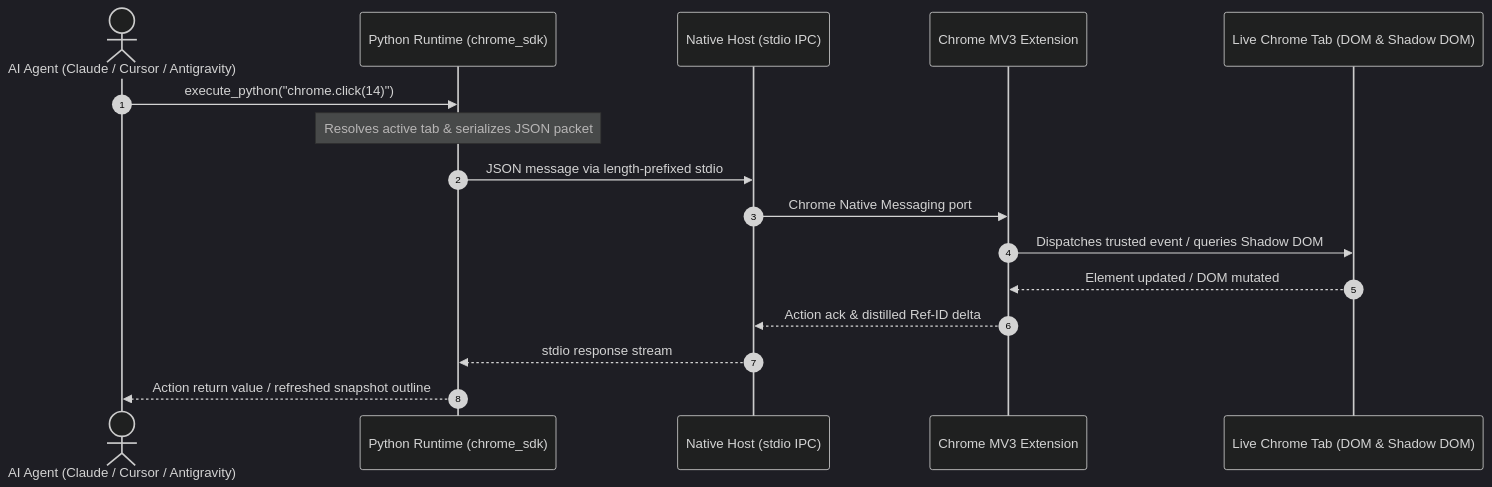
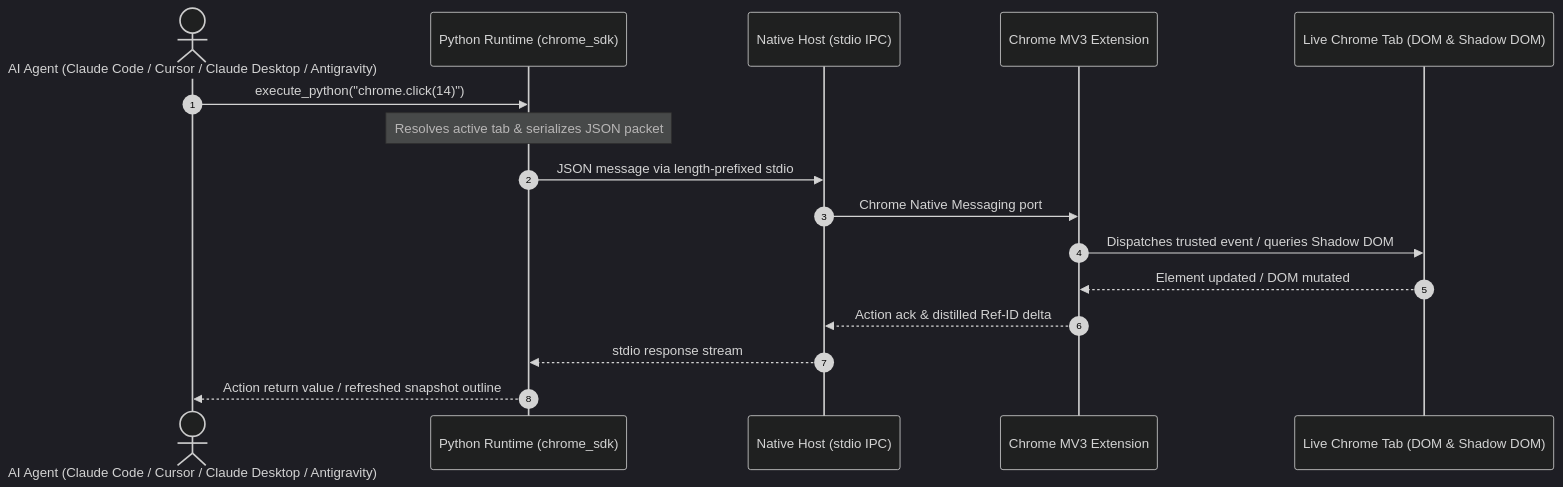
Before and after one commit to sh7vansh/chrome-bridge: the first of 2 diagrams in README.md, drawn with Mermaid (dark theme). The commit also changed other lines of this file and 4 other files, not shown here.

Commit message:
feat(mcp): auto-configure Claude Code MCP and update documentation

````diff
--- a/README.md
+++ b/README.md
@@ -20,19 +20,19 @@
 ```mermaid
 sequenceDiagram
     autonumber
-    actor Agent as AI Agent (Claude / Cursor / Antigravity)
+    actor Agent as AI Agent (Claude Code / Cursor / Claude Desktop / Antigravity)
     participant REPL as Python Runtime (chrome_sdk)
     participant Host as Native Host (stdio IPC)
     participant Ext as Chrome MV3 Extension
     participant Tab as Live Chrome Tab (DOM & Shadow DOM)
 
     Agent->>REPL: execute_python("chrome.click(14)")
     Note over REPL: Resolves active tab & serializes JSON packet
     REPL->>Host: JSON message via length-prefixed stdio
     Host->>Ext: Chrome Native Messaging port
     Ext->>Tab: Dispatches trusted event / queries Shadow DOM
     Tab-->>Ext: Element updated / DOM mutated
     Ext-->>Host: Action ack & distilled Ref-ID delta
     Host-->>REPL: stdio response stream
     REPL-->>Agent: Action return value / refreshed snapshot outline
 ```
````
